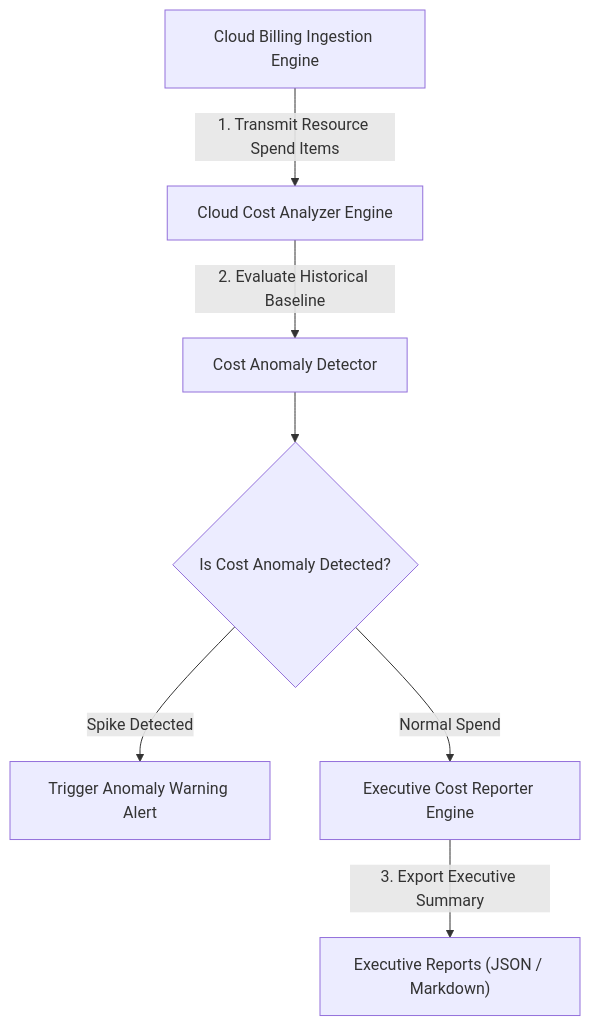
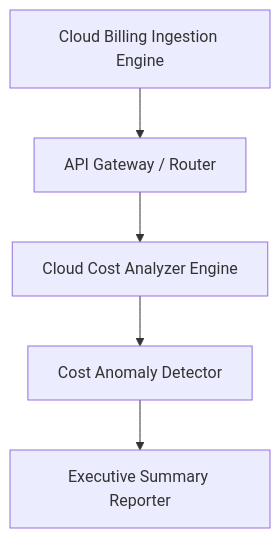
Before and after one commit to Devopstrio/cloud-cost-analyzer: the diagram in docs/ARCHITECTURE.md, drawn with Mermaid. The commit also changed other lines of this file and 14 other files, not shown here.

````diff
--- a/docs/ARCHITECTURE.md
+++ b/docs/ARCHITECTURE.md
@@ -9,9 +9,7 @@
 ```mermaid
-flowchart TD
-    Ingress[Cloud Billing Ingestion Engine] -->|1. Transmit Resource Spend Items| Analyzer[Cloud Cost Analyzer Engine]
-    Analyzer -->|2. Evaluate Historical Baseline| Detector[Cost Anomaly Detector]
-    Detector --> IsAnomalyDetected{Is Cost Anomaly Detected?}
-    IsAnomalyDetected -- Spike Detected --> Alert[Trigger Anomaly Warning Alert]
-    IsAnomalyDetected -- Normal Spend --> Reporter[Executive Cost Reporter Engine]
-    Reporter -->|3. Export Executive Summary| Output["Executive Reports (JSON / Markdown)"]
+graph TD
+    Ingress[Cloud Billing Ingestion Engine] --> Router[API Gateway / Router]
+    Router --> Analyzer[Cloud Cost Analyzer Engine]
+    Analyzer --> Detector[Cost Anomaly Detector]
+    Detector --> Reporter[Executive Summary Reporter]
 ```
````
